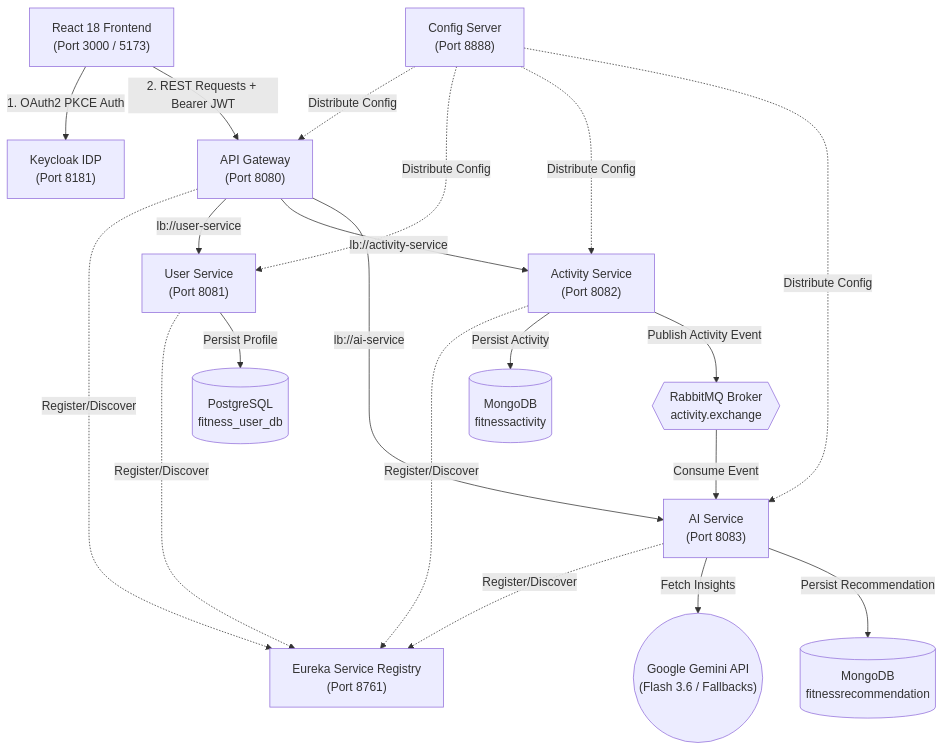
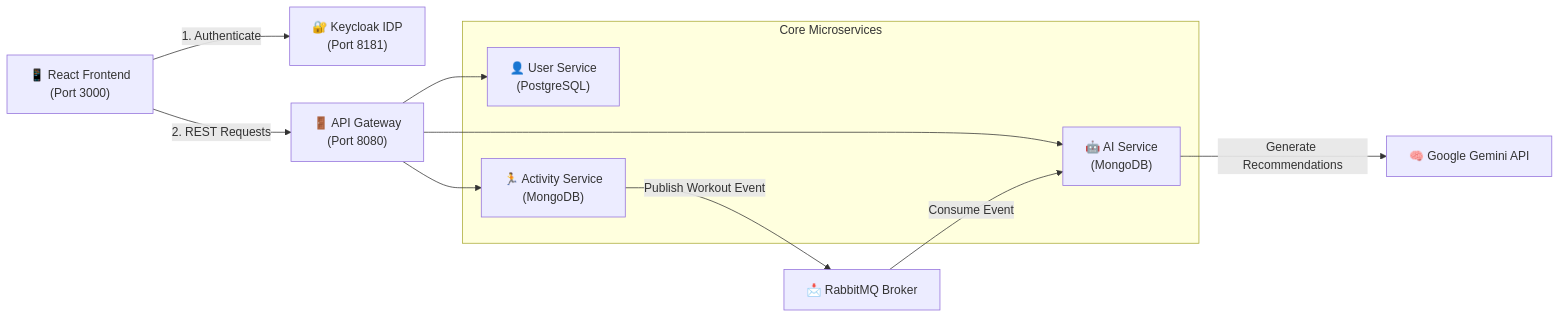
One commit to Mahak-10/AI-Health-Recommendation-System changed the first of 4 diagrams in README.md. Above: the diagram before and after it, drawn with Mermaid. The commit also changed other lines of this file, not shown here.

````diff
--- a/README.md
+++ b/README.md
@@ -38,42 +38,25 @@
 ```mermaid
-graph TD
-    Client["React 18 Frontend\n(Port 3000 / 5173)"]
-    KC["Keycloak IDP\n(Port 8181)"]
-    Config["Config Server\n(Port 8888)"]
-    Eureka["Eureka Service Registry\n(Port 8761)"]
-    GW["API Gateway\n(Port 8080)"]
+graph LR
+    Client["📱 React Frontend\n(Port 3000)"]
+    KC["🔐 Keycloak IDP\n(Port 8181)"]
+    GW["🚪 API Gateway\n(Port 8080)"]
     
-    US["User Service\n(Port 8081)"]
-    AS["Activity Service\n(Port 8082)"]
-    AIS["AI Service\n(Port 8083)"]
+    subgraph Services ["Core Microservices"]
+        US["👤 User Service\n(PostgreSQL)"]
+        AS["🏃 Activity Service\n(MongoDB)"]
+        AIS["🤖 AI Service\n(MongoDB)"]
+    end
     
-    PG[(PostgreSQL\nfitness_user_db)]
-    MongoAct[(MongoDB\nfitnessactivity)]
-    MongoRec[(MongoDB\nfitnessrecommendation)]
-    RMQ{{RabbitMQ Broker\nactivity.exchange}}
-    Gemini(("Google Gemini API\n(Flash 3.6 / Fallbacks)"))
+    MQ["📩 RabbitMQ Broker"]
+    GEM["🧠 Google Gemini API"]
 
-    Client -->|1. OAuth2 PKCE Auth| KC
-    Client -->|2. REST Requests + Bearer JWT| GW
+    Client -->|1. Authenticate| KC
+    Client -->|2. REST Requests| GW
+    GW --> US
+    GW --> AS
+    GW --> AIS
     
-    GW -.->|Register/Discover| Eureka
-    US -.->|Register/Discover| Eureka
-    AS -.->|Register/Discover| Eureka
-    AIS -.->|Register/Discover| Eureka
-    
-    Config -.->|Distribute Config| GW
-    Config -.->|Distribute Config| US
-    Config -.->|Distribute Config| AS
-    Config -.->|Distribute Config| AIS
-    
-    GW -->|lb://user-service| US
-    GW -->|lb://activity-service| AS
-    GW -->|lb://ai-service| AIS
-
-    US -->|Persist Profile| PG
-    AS -->|Persist Activity| MongoAct
-    AS -->|Publish Activity Event| RMQ
-    RMQ -->|Consume Event| AIS
-    AIS -->|Fetch Insights| Gemini
-    AIS -->|Persist Recommendation| MongoRec
+    AS -->|Publish Workout Event| MQ
+    MQ -->|Consume Event| AIS
+    AIS -->|Generate Recommendations| GEM
 ```
````
